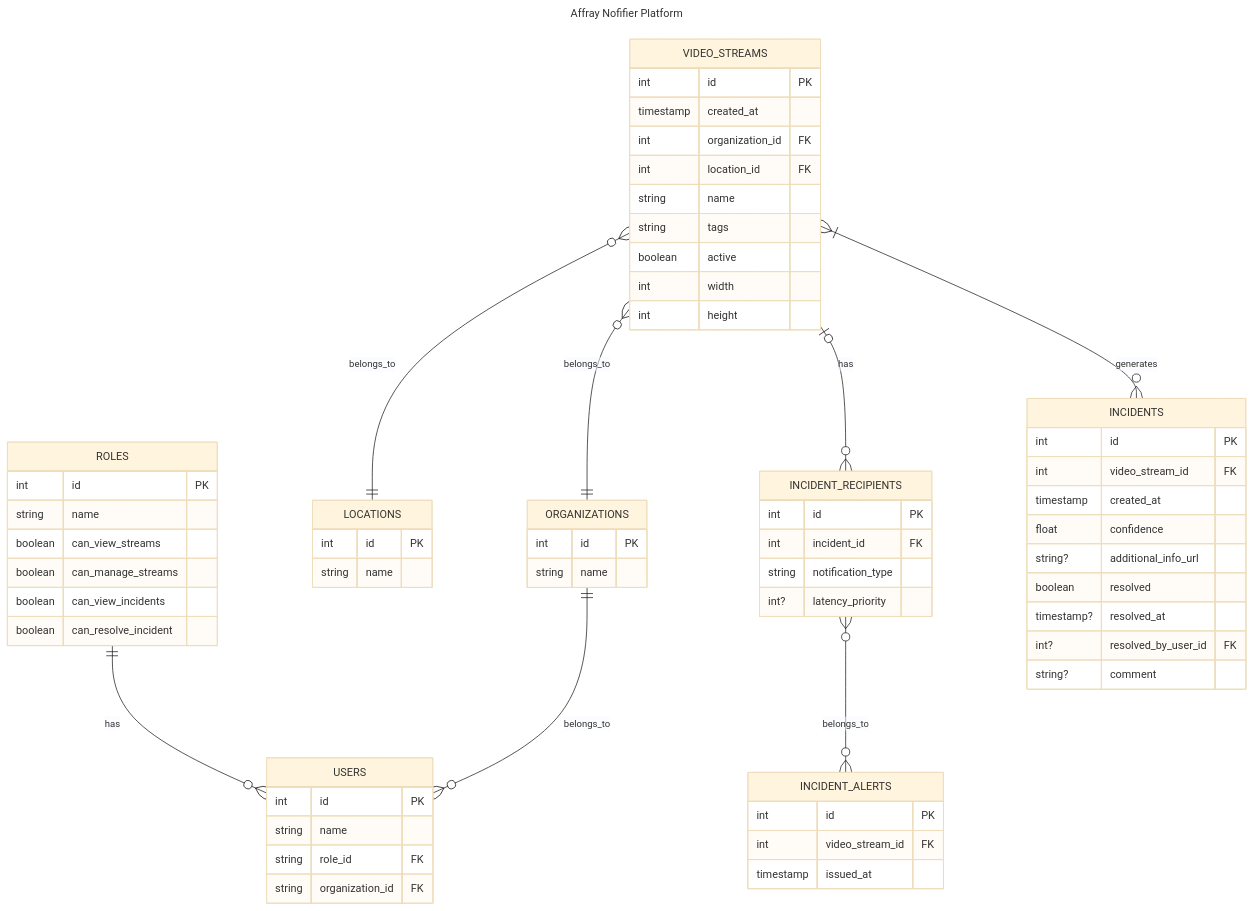
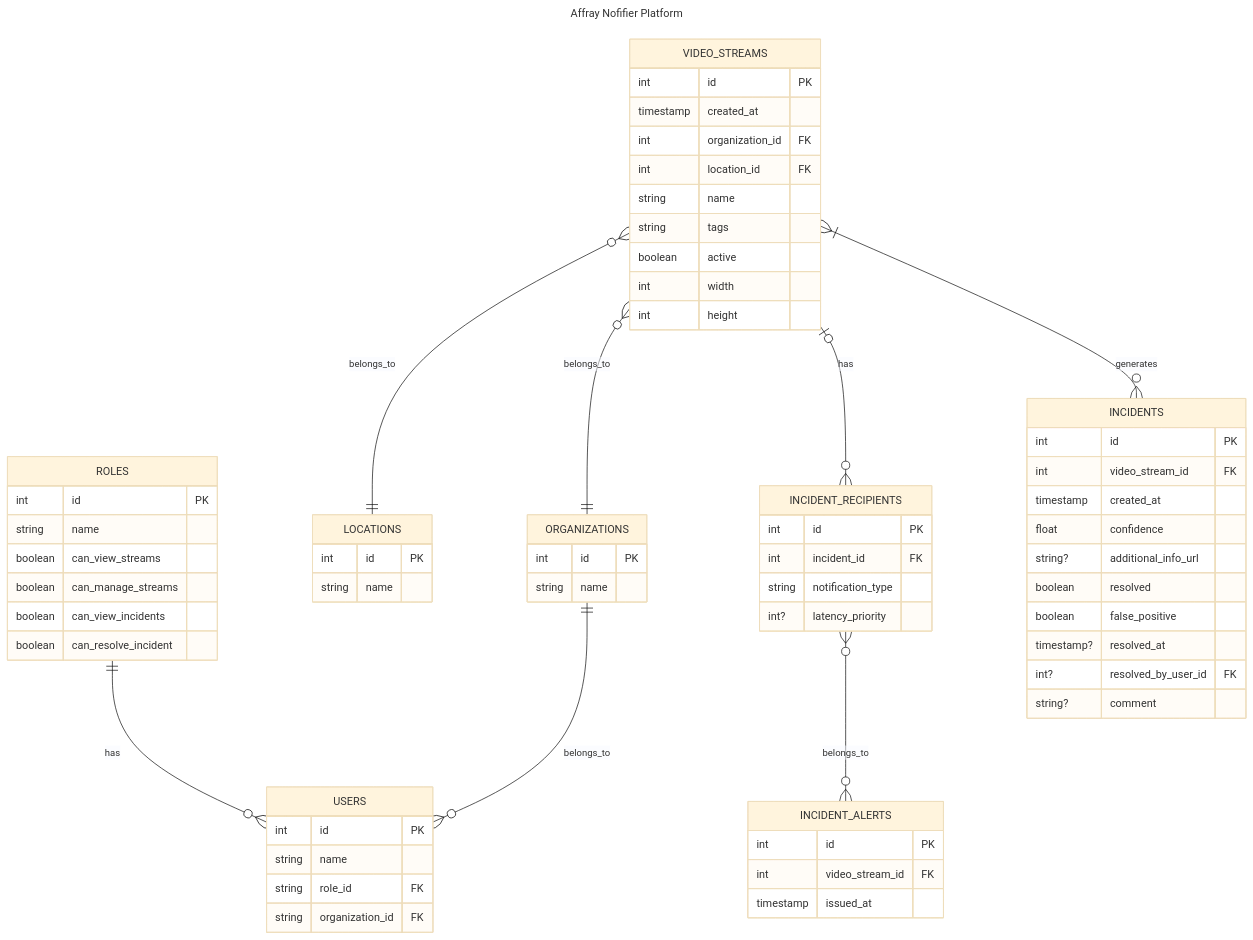
One commit to yeghor/FICE-KPI-Labs changed the diagram in lab-1/er_data_model.mmd. Above: the diagram before and after it, drawn with Mermaid (base theme). The commit also changed 1 other file, not shown here.

Commit message:
fix(lab-1): adjust spec.md to support described in ER new FP field to evaluate DNN performance

```diff
--- a/lab-1/er_data_model.mmd
+++ b/lab-1/er_data_model.mmd
@@ -1,83 +1,84 @@
 ---
 title: Affray Nofifier Platform
 ---
 erDiagram
     VIDEO_STREAMS {
         int id PK
         timestamp created_at
         int organization_id FK
         int location_id FK
         
         string name
         string tags
         boolean active
 
         %% are used to compute ration, resolution
         int width
         int height
 
     }
 
     ORGANIZATIONS {
         int id PK
         string name
     }
 
     LOCATIONS {
         int id PK
         string name
     }
 
     USERS {
         int id PK
         string name
         string role_id FK
         string organization_id FK
     }
 
     ROLES {
         int id PK
         string name
 
         boolean can_view_streams  
         boolean can_manage_streams
         boolean can_view_incidents
         boolean can_resolve_incident
     }
 
     INCIDENT_RECIPIENTS {
         int id PK
         int incident_id FK
         string notification_type
         int? latency_priority
     }
 
     INCIDENT_ALERTS {
         int id PK
         int video_stream_id FK
         timestamp issued_at
     }
 
     INCIDENTS {
         int id PK
         int video_stream_id FK
         timestamp created_at
         float confidence
 
         string? additional_info_url
 
         boolean resolved
+        boolean false_positive
         timestamp? resolved_at
         int? resolved_by_user_id FK
         string? comment
     }
 
     ROLES ||--o{ USERS : has
     ORGANIZATIONS ||--o{ USERS : belongs_to
 
     VIDEO_STREAMS }o--|| LOCATIONS : belongs_to
     VIDEO_STREAMS }o--|| ORGANIZATIONS : belongs_to
     VIDEO_STREAMS }|--o{ INCIDENTS : generates
     VIDEO_STREAMS |o--o{ INCIDENT_RECIPIENTS : has
     
     INCIDENT_RECIPIENTS }o--o{ INCIDENT_ALERTS : belongs_to
```
